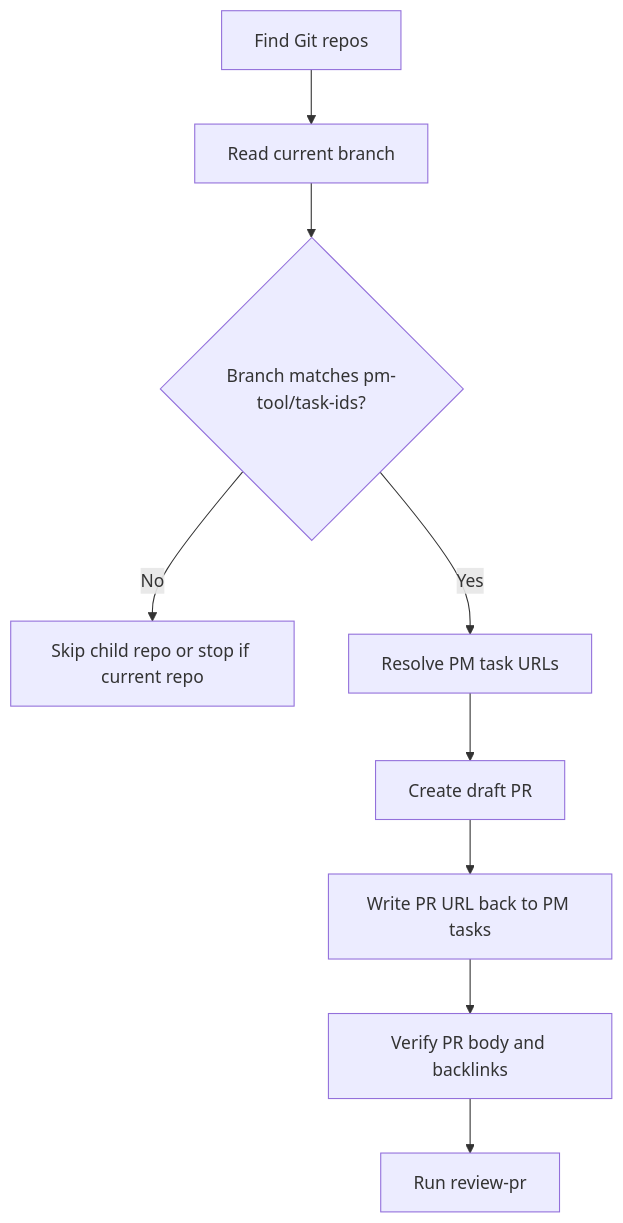
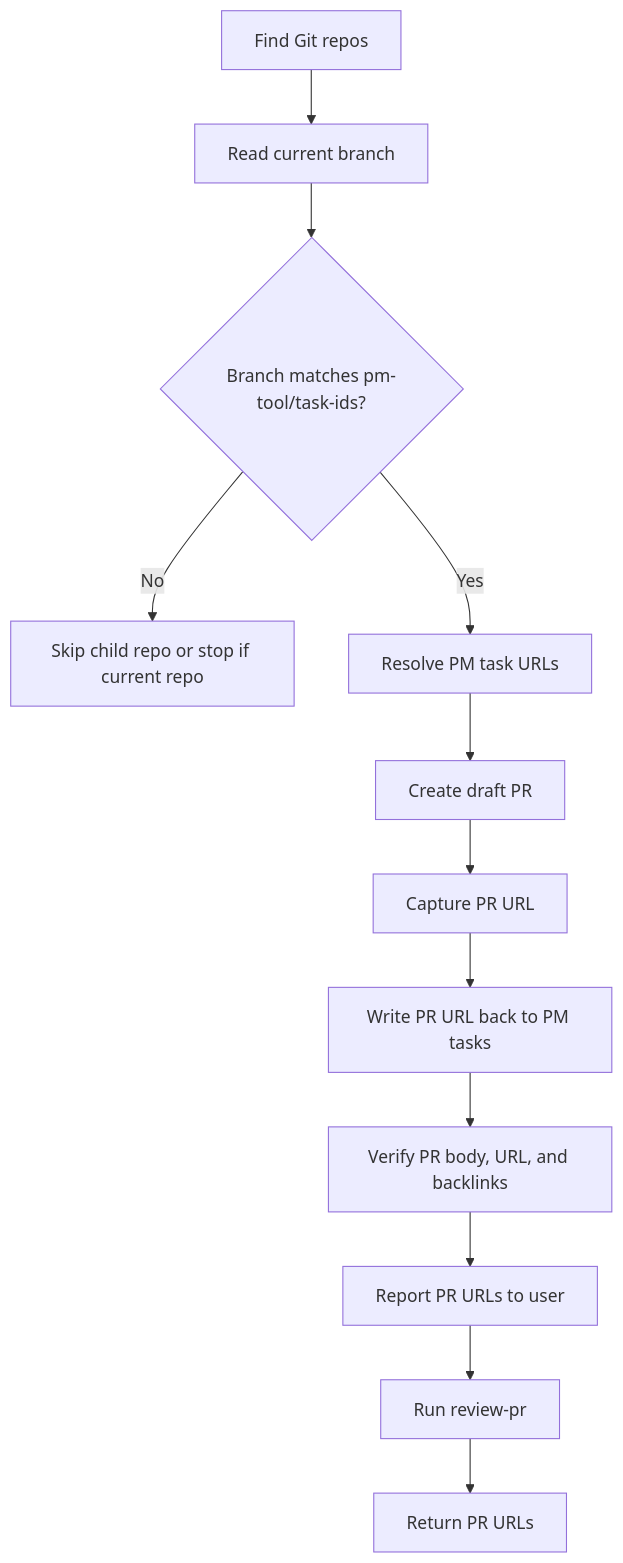
Before and after one commit to mvagnon/plan-based-agentic-workflow: the diagram in skills/create-pr/SKILL.md, drawn with Mermaid. The commit also changed other lines of this file and 9 other files, not shown here.

````diff
--- a/skills/create-pr/SKILL.md
+++ b/skills/create-pr/SKILL.md
@@ -22,11 +22,14 @@
 ```mermaid
 flowchart TD
   A[Find Git repos] --> B[Read current branch]
   B --> C{Branch matches pm-tool/task-ids?}
   C -->|No| D[Skip child repo or stop if current repo]
   C -->|Yes| E[Resolve PM task URLs]
   E --> F[Create draft PR]
-  F --> G[Write PR URL back to PM tasks]
-  G --> H[Verify PR body and backlinks]
-  H --> I[Run review-pr]
+  F --> G[Capture PR URL]
+  G --> H[Write PR URL back to PM tasks]
+  H --> I[Verify PR body, URL, and backlinks]
+  I --> J[Report PR URLs to user]
+  J --> K[Run review-pr]
+  K --> L[Return PR URLs]
 ```
````
